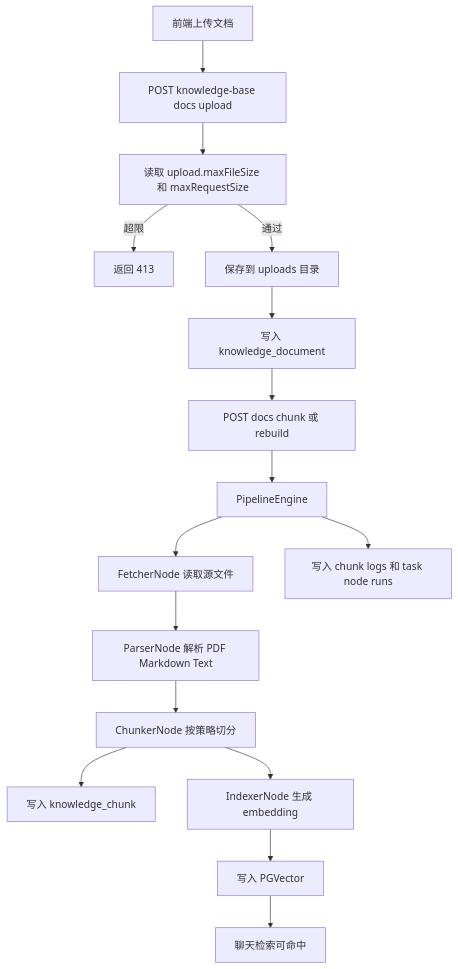
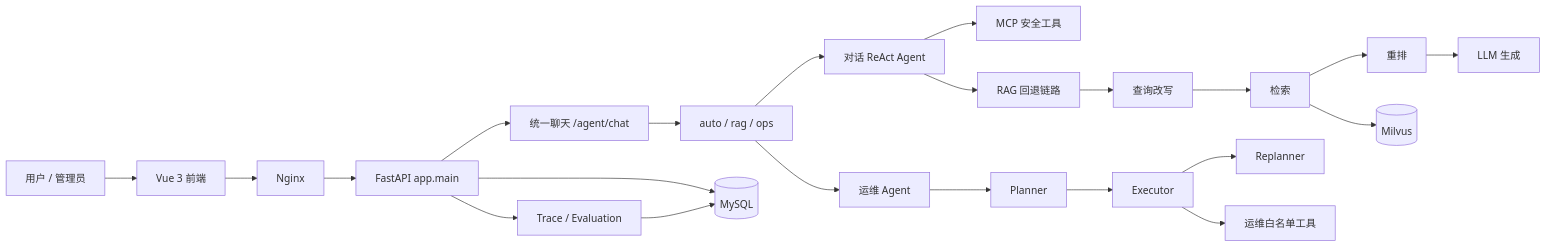
The second of 2 diagrams in README.md (Vantasy123/Ragent-python), drawn with Mermaid before and after one commit. The commit also changed other lines of this file and 200 other files, not shown here.

````diff
--- a/README.md
+++ b/README.md
@@ -205,20 +295,29 @@
 ```mermaid
-flowchart TD
-    Upload["前端上传文档"] --> UploadAPI["POST knowledge-base docs upload"]
-    UploadAPI --> Limit["读取 upload.maxFileSize 和 maxRequestSize"]
-    Limit -->|超限| Reject["返回 413"]
-    Limit -->|通过| LocalFile["保存到 uploads 目录"]
-    LocalFile --> DocRow["写入 knowledge_document"]
-    DocRow --> ChunkAPI["POST docs chunk 或 rebuild"]
-    ChunkAPI --> Engine["PipelineEngine"]
+flowchart LR
+    User["用户 / 管理员"] --> Web["Vue 3 前端"]
+    Web --> Nginx["Nginx"]
+    Nginx --> API["FastAPI app.main"]
 
-    Engine --> Fetcher["FetcherNode 读取源文件"]
-    Fetcher --> Parser["ParserNode 解析 PDF Markdown Text"]
-    Parser --> Chunker["ChunkerNode 按策略切分"]
-    Chunker --> ChunkTable["写入 knowledge_chunk"]
-    Chunker --> Indexer["IndexerNode 生成 embedding"]
-    Indexer --> VectorTable["写入 PGVector"]
-    Engine --> Logs["写入 chunk logs 和 task node runs"]
+    API --> Chat["统一聊天 /agent/chat"]
+    Chat --> Router["auto / rag / ops"]
 
-    VectorTable --> Retrieval["聊天检索可命中"]
+    Router --> React["对话 ReAct Agent"]
+    React --> SafeTools["MCP 安全工具"]
+    React --> RagFallback["RAG 回退链路"]
+
+    RagFallback --> Rewrite["查询改写"]
+    Rewrite --> Retrieve["检索"]
+    Retrieve --> Rerank["重排"]
+    Rerank --> LLM["LLM 生成"]
+
+    Router --> Ops["运维 Agent"]
+    Ops --> Planner["Planner"]
+    Planner --> Executor["Executor"]
+    Executor --> Replanner["Replanner"]
+    Executor --> OpsTools["运维白名单工具"]
+
+    Retrieve --> Vector[("Milvus")]
+    API --> DB[("MySQL")]
+    API --> Trace["Trace / Evaluation"]
+    Trace --> DB
 ```
````
